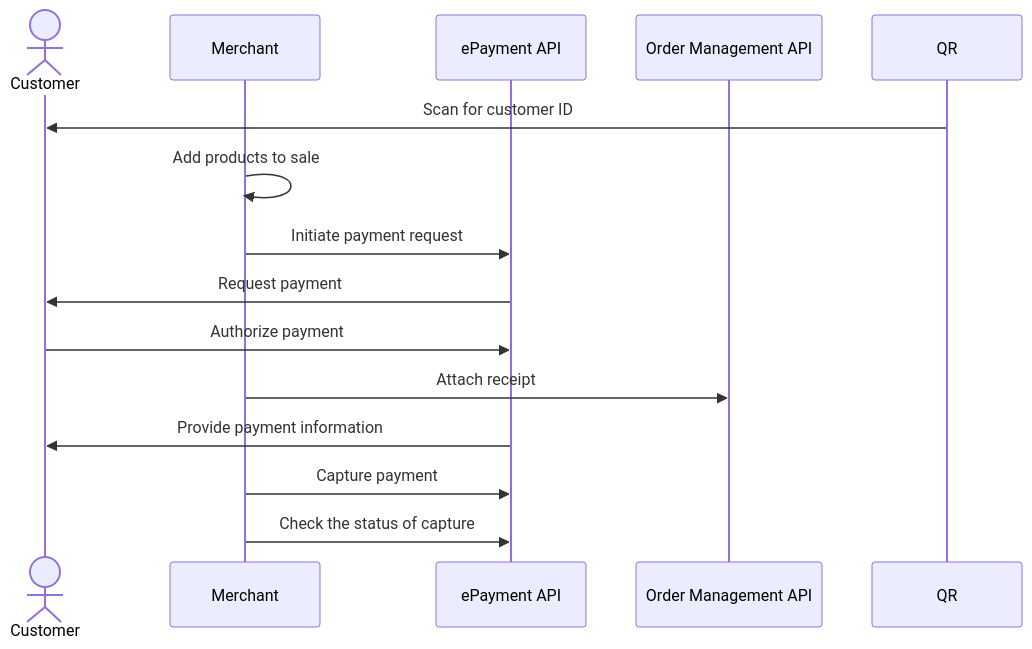
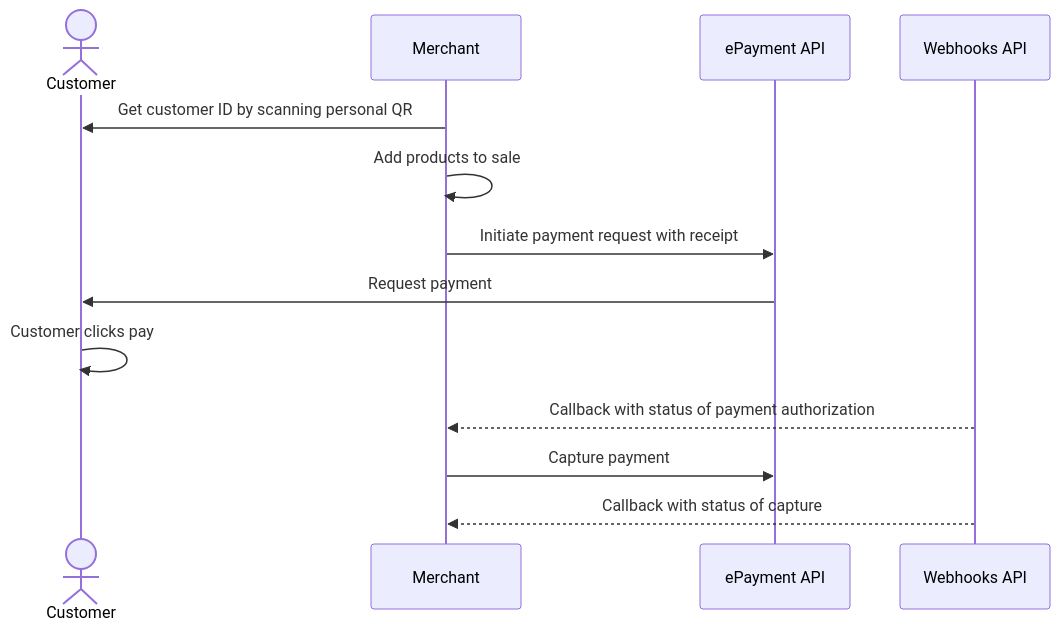
The diagram in in-store/README.md (vippsas/vipps-solutions), drawn with Mermaid before and after one commit. The commit also changed other lines of this file and 22 other files, not shown here.

First line of the commit message:
Provide unique examples. Add receipt in payment request when possible. (#86)

````diff
--- a/in-store/README.md
+++ b/in-store/README.md
@@ -117,17 +162,16 @@
 ``` mermaid
 sequenceDiagram
     actor C as Customer
     participant M as Merchant
     participant ePayment as ePayment API
-    participant ordermanagement as Order Management API
+    participant Webhooks as Webhooks API
     
-    QR->>C: Scan for customer ID
+    M->>C: Get customer ID by scanning personal QR
     M->>M: Add products to sale
-    M->>ePayment: Initiate payment request
+    M->>ePayment: Initiate payment request with receipt
     ePayment->>C: Request payment
-    C->>ePayment: Authorize payment
-    M->> ordermanagement: Attach receipt
-    ePayment->>C: Provide payment information
-    M->>ePayment: Capture payment 
-    M->>ePayment: Check the status of capture
+    C->>C: Customer clicks pay
+    Webhooks-->>M: Callback with status of payment authorization
+    M->>ePayment: Capture payment
+    Webhooks-->>M: Callback with status of capture
 ```
````
